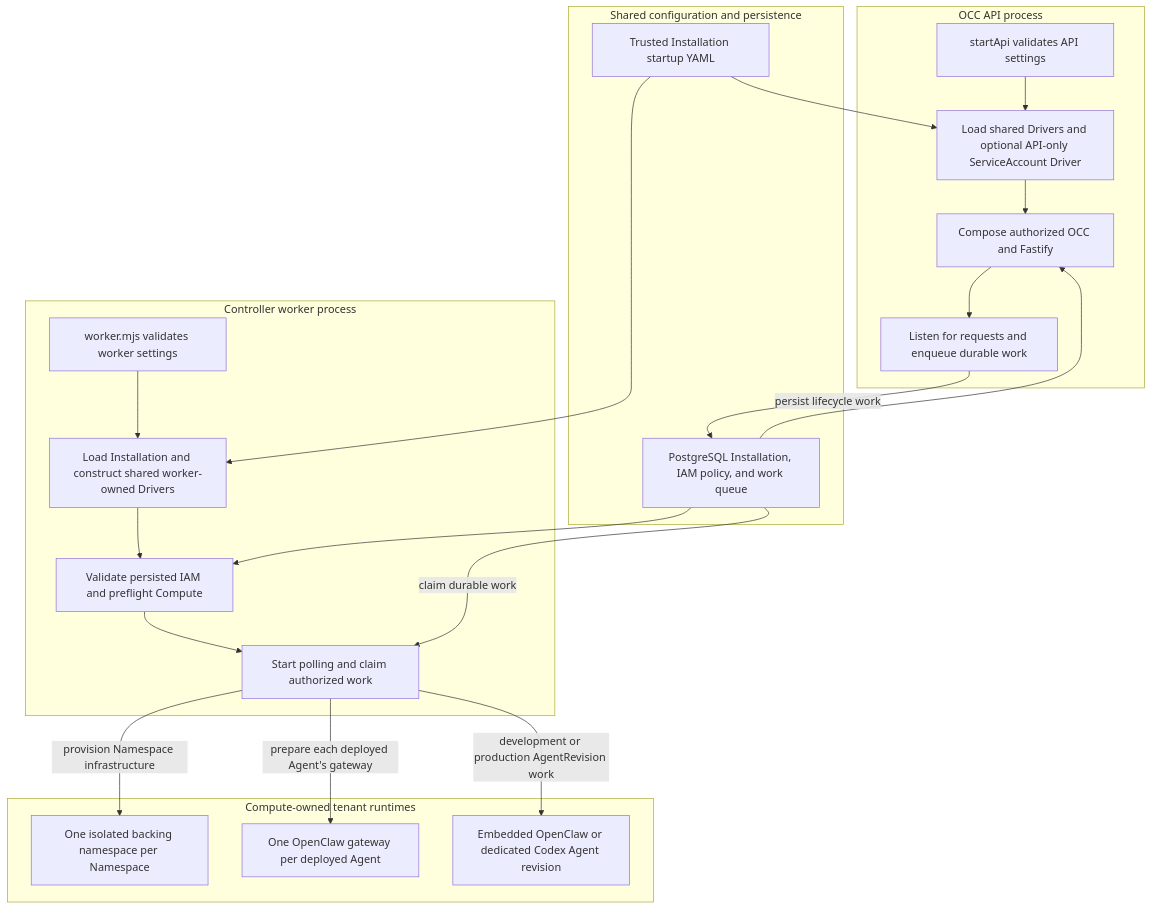
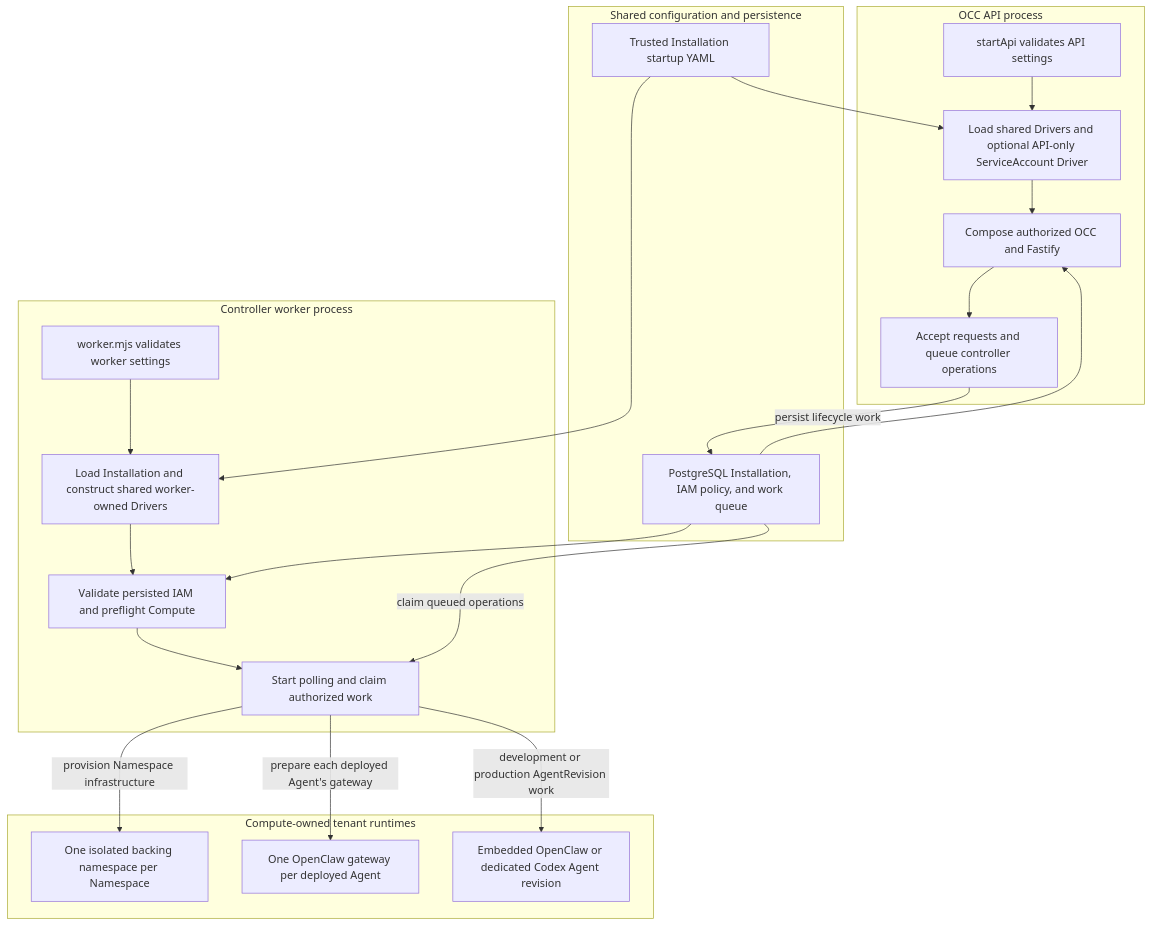
Before and after one commit to openclaw/openclaw-enterprise: the diagram in docs/flows/platform-startup.md, drawn with Mermaid. The commit also changed other lines of this file and 37 other files, not shown here.

Commit message:
docs: name saved deployment settings and queued operations

````diff
--- a/docs/flows/platform-startup.md
+++ b/docs/flows/platform-startup.md
@@ -41,35 +41,35 @@
 ```mermaid
 graph TD
   subgraph Shared["Shared configuration and persistence"]
     Y["Trusted Installation startup YAML"]
     D["PostgreSQL Installation, IAM policy, and work queue"]
   end
 
   subgraph API["OCC API process"]
     A["startApi validates API settings"] --> B["Load shared Drivers and optional API-only ServiceAccount Driver"]
     B --> C["Compose authorized OCC and Fastify"]
-    C --> E["Listen for requests and enqueue durable work"]
+    C --> E["Accept requests and queue controller operations"]
   end
 
   subgraph Worker["Controller worker process"]
     F["worker.mjs validates worker settings"] --> G["Load Installation and construct shared worker-owned Drivers"]
     G --> H["Validate persisted IAM and preflight Compute"]
     H --> I["Start polling and claim authorized work"]
   end
 
   subgraph Runtime["Compute-owned tenant runtimes"]
     N["One isolated backing namespace per Namespace"]
     J["One OpenClaw gateway per deployed Agent"]
     K["Embedded OpenClaw or dedicated Codex Agent revision"]
   end
 
   Y --> B
   Y --> G
   D --> C
   D --> H
   E -->|persist lifecycle work| D
-  D -->|claim durable work| I
+  D -->|claim queued operations| I
   I -->|provision Namespace infrastructure| N
   I -->|prepare each deployed Agent's gateway| J
   I -->|development or production AgentRevision work| K
 ```
````
